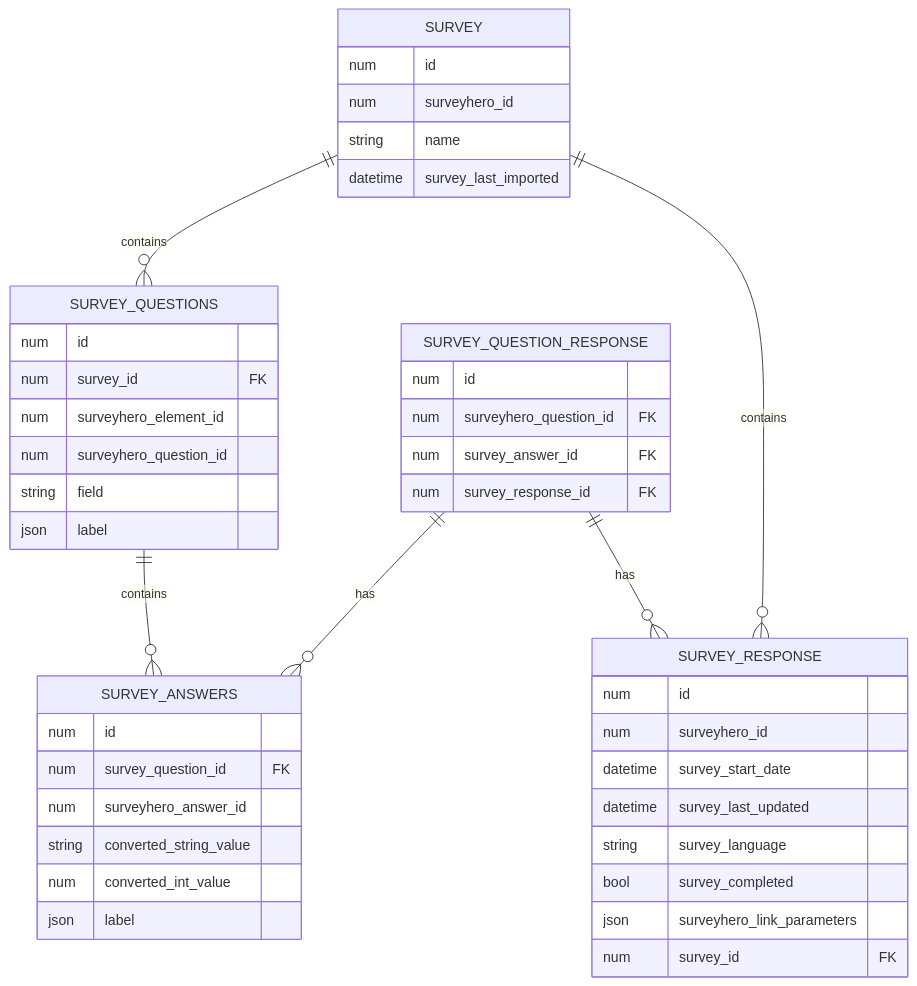
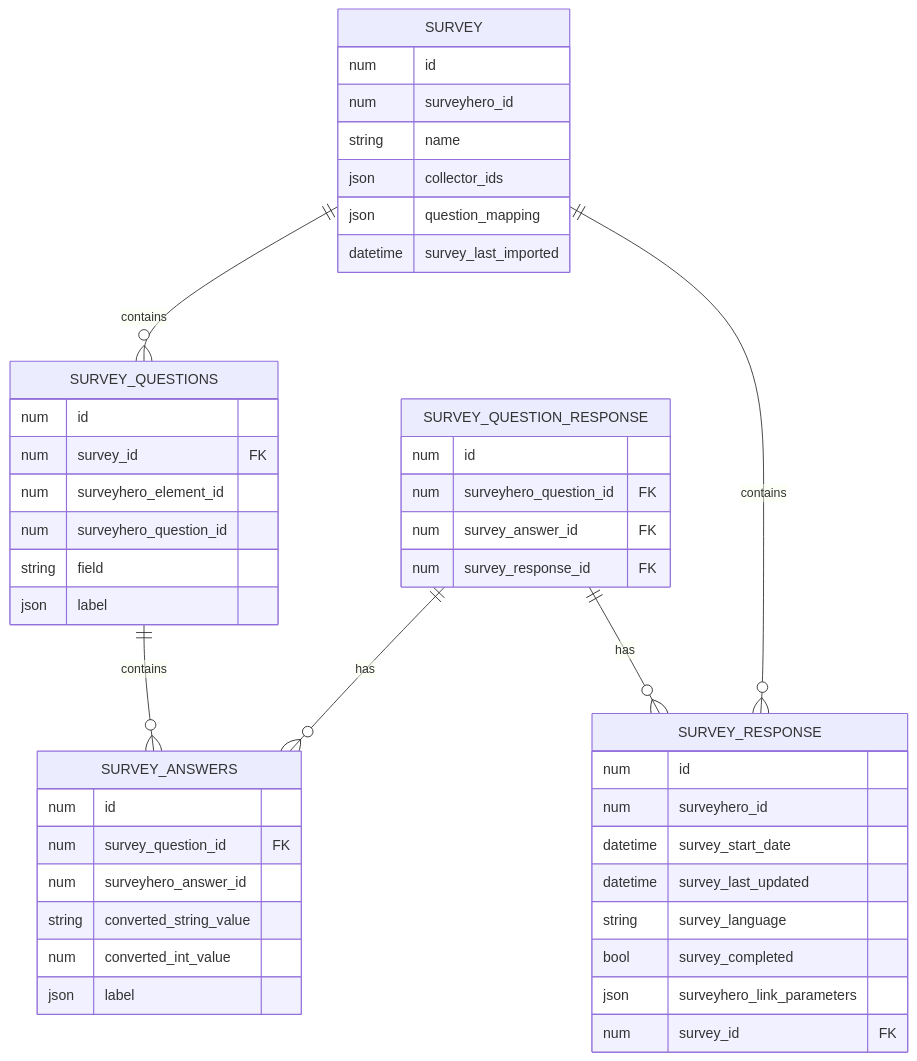
One commit to statikbe/laravel-surveyhero changed the diagram in README.md. Above: the diagram before and after it, drawn with Mermaid. The commit also changed other lines of this file and 11 other files, not shown here.

Commit message:
Added automatic question and collector mapping to database

````diff
--- a/README.md
+++ b/README.md
@@ -38,49 +42,51 @@
 ``` mermaid
 erDiagram
 SURVEY {
     num id
     num surveyhero_id
     string name
+    json collector_ids
+    json question_mapping
     datetime survey_last_imported
 }
 
 SURVEY_QUESTIONS {
     num id		
     num survey_id FK
     num surveyhero_element_id
     num surveyhero_question_id
     string field			
     json label		
 }
 
 SURVEY_ANSWERS {
     num id		
     num survey_question_id FK
     num surveyhero_answer_id			
     string converted_string_value			
     num converted_int_value			
     json label			
 }
 
 SURVEY_RESPONSE {
     num id
     num surveyhero_id
     datetime survey_start_date
     datetime survey_last_updated
     string survey_language
     bool survey_completed
     json surveyhero_link_parameters
     num survey_id FK
 }
 SURVEY_QUESTION_RESPONSE {	
     num id
     num surveyhero_question_id FK
     num survey_answer_id FK
     num survey_response_id FK
 }
 SURVEY ||--o{ SURVEY_QUESTIONS : contains
 SURVEY ||--o{ SURVEY_RESPONSE : contains
 SURVEY_QUESTIONS ||--o{ SURVEY_ANSWERS : contains
 SURVEY_QUESTION_RESPONSE ||--o{ SURVEY_ANSWERS : has
 SURVEY_QUESTION_RESPONSE ||--o{ SURVEY_RESPONSE : has
 ```
````
